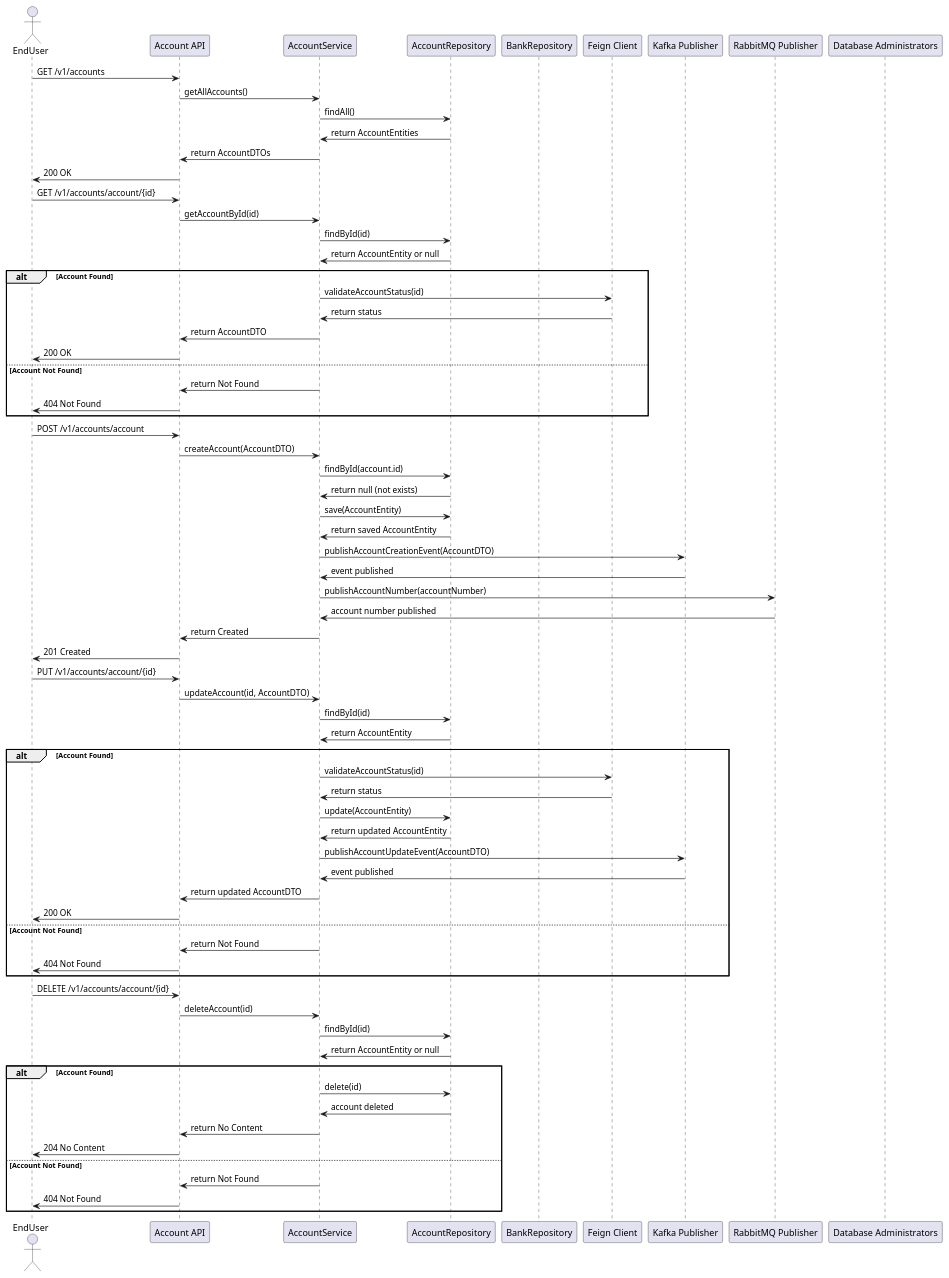
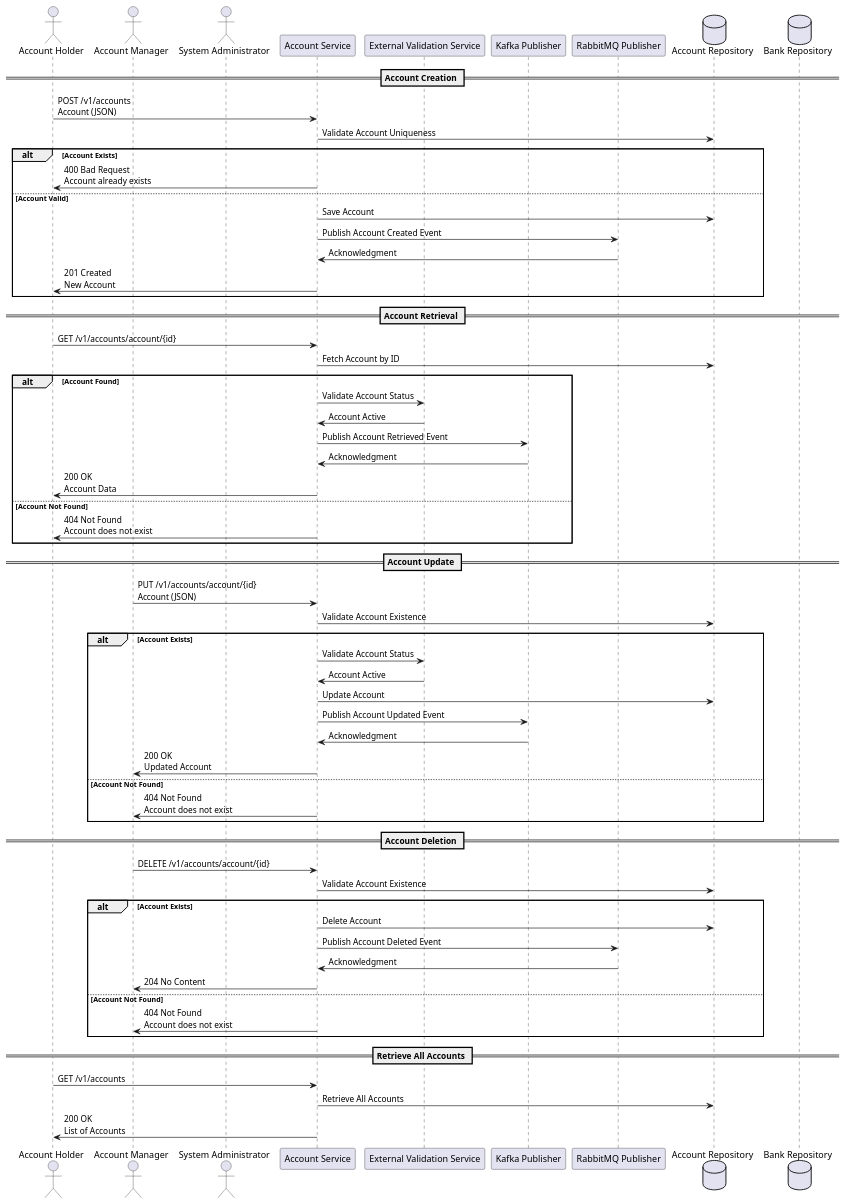
The diagram in account/GeneratedDesignDocument/outputs_11.md (Bhaskar-Pavan/palani), drawn with PlantUML before and after one commit. The commit also changed other lines of this file, not shown here.

````diff
--- a/account/GeneratedDesignDocument/outputs_11.md
+++ b/account/GeneratedDesignDocument/outputs_11.md
@@ -36,80 +63,70 @@
 ```plantuml
 @startuml
-actor EndUser as User
-participant "Account API" as API
-participant "AccountService" as Service
-participant "AccountRepository" as AccountRepo
-participant "BankRepository" as BankRepo
-participant "Feign Client" as FeignClient
-participant "Kafka Publisher" as KafkaPub
-participant "RabbitMQ Publisher" as RabbitPub
-participant "Database Administrators" as DBAdmin
+actor "Account Holder" as AH
+actor "Account Manager" as AM
+actor "System Administrator" as SA
+participant "Account Service" as AS
+participant "External Validation Service" as EVS
+participant "Kafka Publisher" as KP
+participant "RabbitMQ Publisher" as RP
+database "Account Repository" as AR
+database "Bank Repository" as BR
 
-User -> API : GET /v1/accounts
-API -> Service : getAllAccounts()
-Service -> AccountRepo : findAll()
-AccountRepo -> Service : return AccountEntities
-Service -> API : return AccountDTOs
-API -> User : 200 OK
-
-User -> API : GET /v1/accounts/account/{id}
-API -> Service : getAccountById(id)
-Service -> AccountRepo : findById(id)
-AccountRepo -> Service : return AccountEntity or null
-alt Account Found
-    Service -> FeignClient : validateAccountStatus(id)
-    FeignClient -> Service : return status
-    Service -> API : return AccountDTO
-    API -> User : 200 OK
-else Account Not Found
-    Service -> API : return Not Found
-    API -> User : 404 Not Found
+== Account Creation ==
+AH -> AS : POST /v1/accounts\nAccount (JSON)
+AS -> AR : Validate Account Uniqueness
+alt Account Exists
+    AS -> AH : 400 Bad Request\nAccount already exists
+else Account Valid
+    AS -> AR : Save Account
+    AS -> RP : Publish Account Created Event
+    RP -> AS : Acknowledgment
+    AS -> AH : 201 Created\nNew Account
 end
 
-User -> API : POST /v1/accounts/account
-API -> Service : createAccount(AccountDTO)
-Service -> AccountRepo : findById(account.id)
-AccountRepo -> Service : return null (not exists)
-Service -> AccountRepo : save(AccountEntity)
-AccountRepo -> Service : return saved AccountEntity
-Service -> KafkaPub : publishAccountCreationEvent(AccountDTO)
-KafkaPub -> Service : event published
-Service -> RabbitPub : publishAccountNumber(accountNumber)
-RabbitPub -> Service : account number published
-Service -> API : return Created
-API -> User : 201 Created
-
-User -> API : PUT /v1/accounts/account/{id}
-API -> Service : updateAccount(id, AccountDTO)
-Service -> AccountRepo : findById(id)
-AccountRepo -> Service : return AccountEntity
+== Account Retrieval ==
+AH -> AS : GET /v1/accounts/account/{id}
+AS -> AR : Fetch Account by ID
 alt Account Found
-    Service -> FeignClient : validateAccountStatus(id)
-    FeignClient -> Service : return status
-    Service -> AccountRepo : update(AccountEntity)
-    AccountRepo -> Service : return updated AccountEntity
-    Service -> KafkaPub : publishAccountUpdateEvent(AccountDTO)
-    KafkaPub -> Service : event published
-    Service -> API : return updated AccountDTO
-    API -> User : 200 OK
+    AS -> EVS : Validate Account Status
+    EVS -> AS : Account Active
+    AS -> KP : Publish Account Retrieved Event
+    KP -> AS : Acknowledgment
+    AS -> AH : 200 OK\nAccount Data
 else Account Not Found
-    Service -> API : return Not Found
-    API -> User : 404 Not Found
+    AS -> AH : 404 Not Found\nAccount does not exist
 end
 
-User -> API : DELETE /v1/accounts/account/{id}
-API -> Service : deleteAccount(id)
-Service -> AccountRepo : findById(id)
-AccountRepo -> Service : return AccountEntity or null
-alt Account Found
-    Service -> AccountRepo : delete(id)
-    AccountRepo -> Service : account deleted
-    Service -> API : return No Content
-    API -> User : 204 No Content
+== Account Update ==
+AM -> AS : PUT /v1/accounts/account/{id}\nAccount (JSON)
+AS -> AR : Validate Account Existence
+alt Account Exists
+    AS -> EVS : Validate Account Status
+    EVS -> AS : Account Active
+    AS -> AR : Update Account
+    AS -> KP : Publish Account Updated Event
+    KP -> AS : Acknowledgment
+    AS -> AM : 200 OK\nUpdated Account
 else Account Not Found
-    Service -> API : return Not Found
-    API -> User : 404 Not Found
+    AS -> AM : 404 Not Found\nAccount does not exist
 end
+
+== Account Deletion ==
+AM -> AS : DELETE /v1/accounts/account/{id}
+AS -> AR : Validate Account Existence
+alt Account Exists
+    AS -> AR : Delete Account
+    AS -> RP : Publish Account Deleted Event
+    RP -> AS : Acknowledgment
+    AS -> AM : 204 No Content
+else Account Not Found
+    AS -> AM : 404 Not Found\nAccount does not exist
+end
+
+== Retrieve All Accounts ==
+AH -> AS : GET /v1/accounts
+AS -> AR : Retrieve All Accounts
+AS -> AH : 200 OK\nList of Accounts
 
 @enduml
 ```
````
